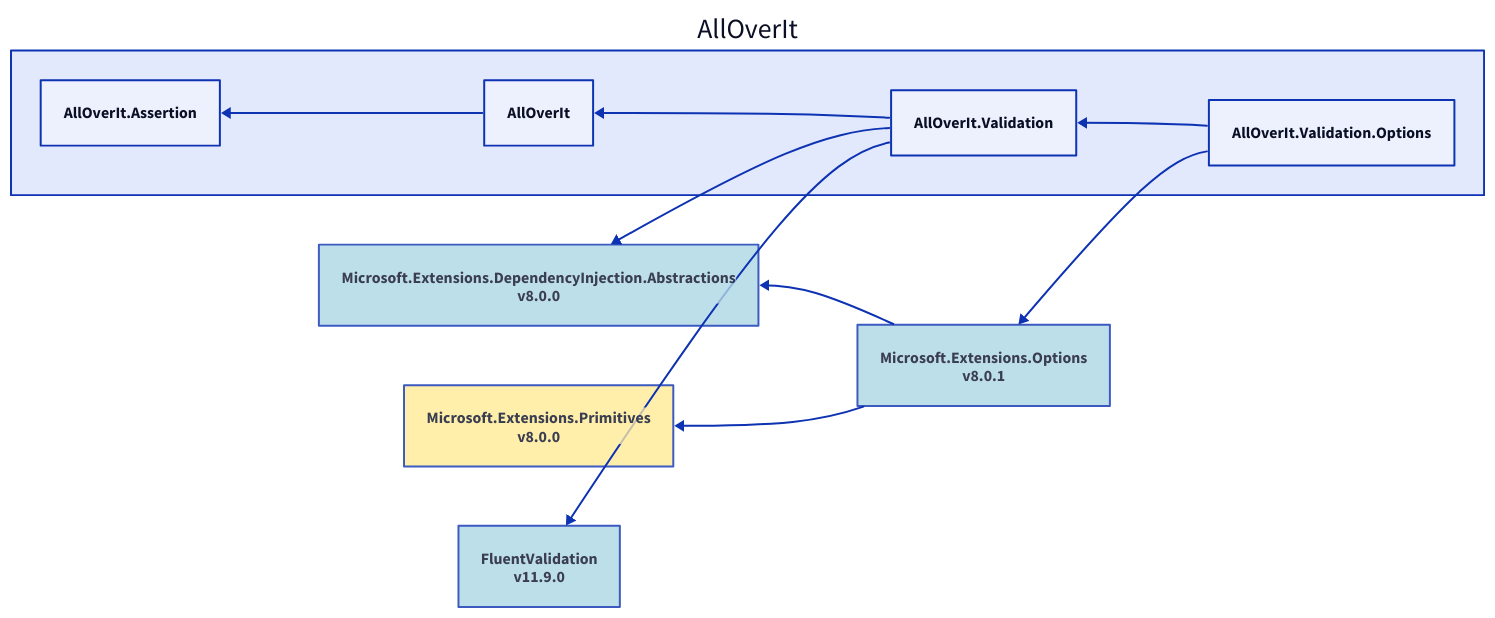
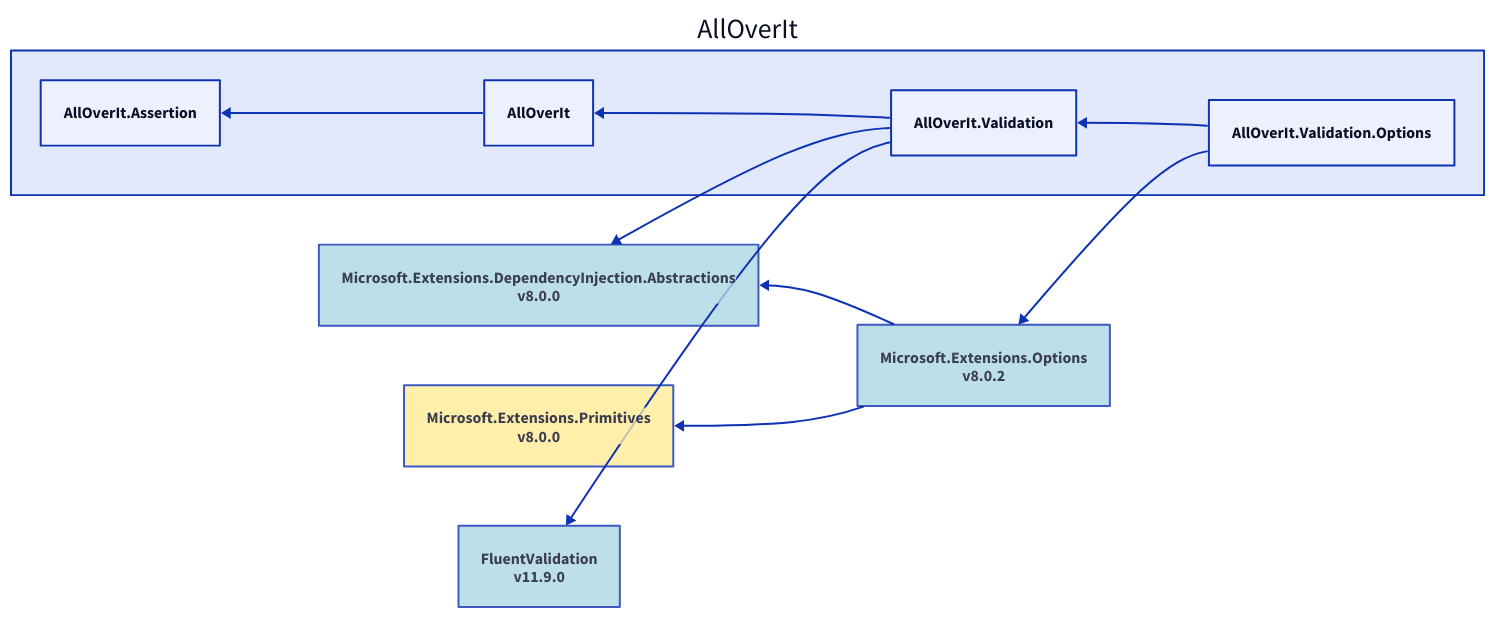
Before and after one commit to mjfreelancing/AllOverIt: the diagram in Docs/Reference/Content/images/dependencies/net8.0/alloverit-validation-options.d2, drawn with D2. The commit also changed 79 other files, not shown here.

```diff
--- a/Docs/Reference/Content/images/dependencies/net8.0/alloverit-validation-options.d2
+++ b/Docs/Reference/Content/images/dependencies/net8.0/alloverit-validation-options.d2
@@ -1,27 +1,27 @@
 direction: left
 
 aoi: AllOverIt
 aoi.alloverit-validation-options: AllOverIt.Validation.Options
-microsoft-extensions-options_8-0-1: Microsoft.Extensions.Options\nv8.0.1
-microsoft-extensions-options_8-0-1.style.fill: "#ADD8E6"
-microsoft-extensions-options_8-0-1.style.opacity: 0.8
+microsoft-extensions-options_8-0-2: Microsoft.Extensions.Options\nv8.0.2
+microsoft-extensions-options_8-0-2.style.fill: "#ADD8E6"
+microsoft-extensions-options_8-0-2.style.opacity: 0.8
 microsoft-extensions-dependencyinjection-abstractions_8-0-0: Microsoft.Extensions.DependencyInjection.Abstractions\nv8.0.0
 microsoft-extensions-dependencyinjection-abstractions_8-0-0.style.opacity: 0.8
 microsoft-extensions-dependencyinjection-abstractions_8-0-0.style.fill: "#ADD8E6"
-microsoft-extensions-dependencyinjection-abstractions_8-0-0 <- microsoft-extensions-options_8-0-1
+microsoft-extensions-dependencyinjection-abstractions_8-0-0 <- microsoft-extensions-options_8-0-2
 microsoft-extensions-primitives_8-0-0: Microsoft.Extensions.Primitives\nv8.0.0
 microsoft-extensions-primitives_8-0-0.style.fill: "#FFEC96"
 microsoft-extensions-primitives_8-0-0.style.opacity: 0.8
-microsoft-extensions-primitives_8-0-0 <- microsoft-extensions-options_8-0-1
-microsoft-extensions-options_8-0-1 <- aoi.alloverit-validation-options
+microsoft-extensions-primitives_8-0-0 <- microsoft-extensions-options_8-0-2
+microsoft-extensions-options_8-0-2 <- aoi.alloverit-validation-options
 aoi.alloverit-validation: AllOverIt.Validation
 fluentvalidation_11-9-0: FluentValidation\nv11.9.0
 fluentvalidation_11-9-0.style.fill: "#ADD8E6"
 fluentvalidation_11-9-0.style.opacity: 0.8
 fluentvalidation_11-9-0 <- aoi.alloverit-validation
 microsoft-extensions-dependencyinjection-abstractions_8-0-0 <- aoi.alloverit-validation
 aoi.alloverit: AllOverIt
 aoi.alloverit-assertion: AllOverIt.Assertion
 aoi.alloverit-assertion <- aoi.alloverit
 aoi.alloverit <- aoi.alloverit-validation
 aoi.alloverit-validation <- aoi.alloverit-validation-options
```
